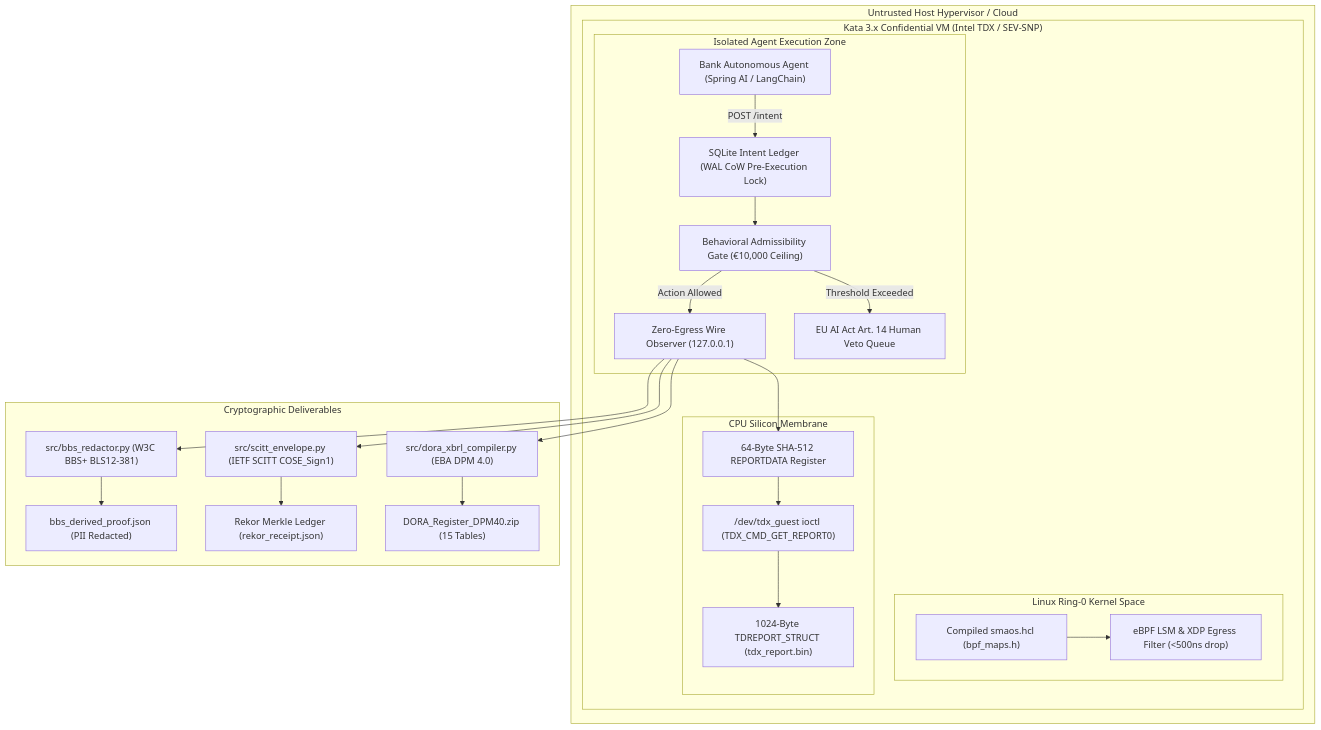
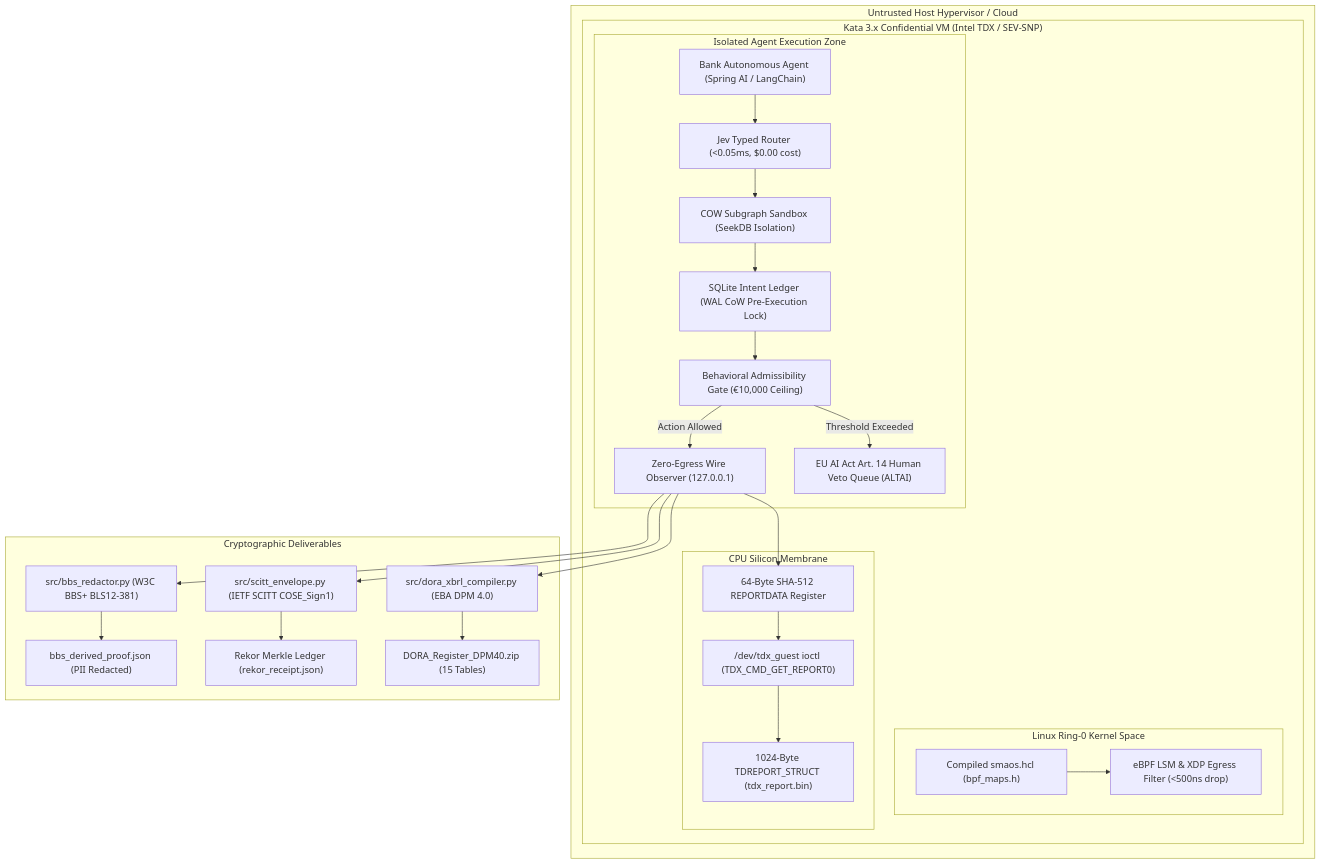
Before and after one commit to smaos-ai/smaos-ai-sandbox: the diagram in docs/REGULATORY_SANDBOX_SUBMISSION_DOSSIER.md, drawn with Mermaid. The commit also changed other lines of this file and 3 other files, not shown here.

Commit message:
feat(arch): implement Jev typed decision router, SeekDB COW state sandbox, and ALTAI Human as Project Leader regulatory dossier

````diff
--- a/docs/REGULATORY_SANDBOX_SUBMISSION_DOSSIER.md
+++ b/docs/REGULATORY_SANDBOX_SUBMISSION_DOSSIER.md
@@ -65,41 +70,45 @@
 ```mermaid
 flowchart TD
     subgraph Host_Hypervisor ["Untrusted Host Hypervisor / Cloud"]
         subgraph CVM ["Kata 3.x Confidential VM (Intel TDX / SEV-SNP)"]
             subgraph Kernel_Ring0 ["Linux Ring-0 Kernel Space"]
                 BPF["eBPF LSM & XDP Egress Filter (<500ns drop)"]
                 HCL_Comp["Compiled smaos.hcl (bpf_maps.h)"] --> BPF
             end
             
             subgraph User_Space ["Isolated Agent Execution Zone"]
                 Agent["Bank Autonomous Agent (Spring AI / LangChain)"]
+                JevRouter["Jev Typed Router (<0.05ms, $0.00 cost)"]
+                COWSandbox["COW Subgraph Sandbox (SeekDB Isolation)"]
                 IntentLock["SQLite Intent Ledger (WAL CoW Pre-Execution Lock)"]
                 Gate["Behavioral Admissibility Gate (€10,000 Ceiling)"]
                 WireObserver["Zero-Egress Wire Observer (127.0.0.1)"]
                 
-                Agent -->|POST /intent| IntentLock
+                Agent --> JevRouter
+                JevRouter --> COWSandbox
+                COWSandbox --> IntentLock
                 IntentLock --> Gate
                 Gate -->|Action Allowed| WireObserver
-                Gate -->|Threshold Exceeded| HumanQueue["EU AI Act Art. 14 Human Veto Queue"]
+                Gate -->|Threshold Exceeded| HumanQueue["EU AI Act Art. 14 Human Veto Queue (ALTAI)"]
             end
             
             subgraph Hardware_Root ["CPU Silicon Membrane"]
                 Ioctl["/dev/tdx_guest ioctl (TDX_CMD_GET_REPORT0)"]
                 NonceReg["64-Byte SHA-512 REPORTDATA Register"]
                 TDReport["1024-Byte TDREPORT_STRUCT (tdx_report.bin)"]
                 
                 WireObserver --> NonceReg --> Ioctl --> TDReport
             end
         end
     end
     
     subgraph Cryptographic_Proof ["Cryptographic Deliverables"]
         BBS["src/bbs_redactor.py (W3C BBS+ BLS12-381)"] --> BBSProof["bbs_derived_proof.json (PII Redacted)"]
         SCITT["src/scitt_envelope.py (IETF SCITT COSE_Sign1)"] --> Rekor["Rekor Merkle Ledger (rekor_receipt.json)"]
         DORA["src/dora_xbrl_compiler.py (EBA DPM 4.0)"] --> DORAZip["DORA_Register_DPM40.zip (15 Tables)"]
     end
     
     WireObserver --> BBS
     WireObserver --> SCITT
     WireObserver --> DORA
 ```
````
